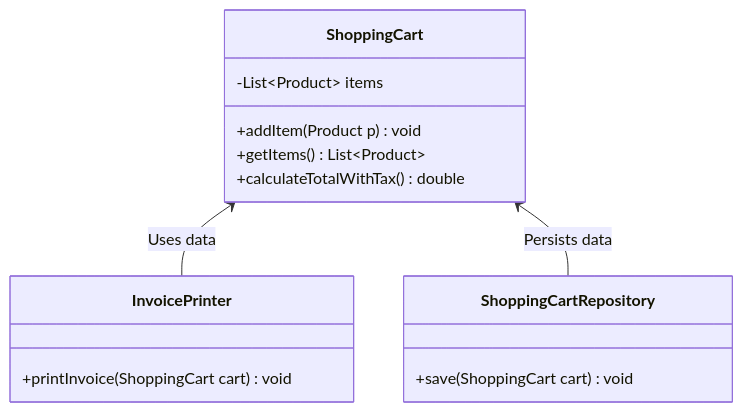
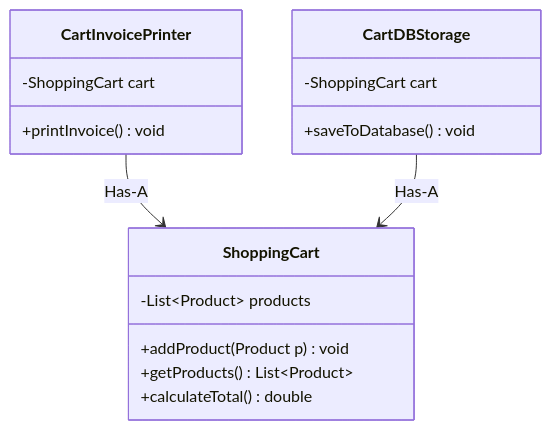
The second of 5 diagrams in 04-OOPs-and-Design-Patterns/02-SOLID-Principles/05-SOLID-Design-Principles-Part-1.md (rohithgowda18/Notes), drawn with Mermaid before and after one commit. The commit also changed other lines of this file and 30 other files, not shown here.

````diff
--- a/04-OOPs-and-Design-Patterns/02-SOLID-Principles/05-SOLID-Design-Principles-Part-1.md
+++ b/04-OOPs-and-Design-Patterns/02-SOLID-Principles/05-SOLID-Design-Principles-Part-1.md
@@ -107,18 +93,22 @@
 ```mermaid
 classDiagram
     class ShoppingCart {
-        -List~Product~ items
-        +addItem(Product p) void
-        +getItems() List~Product~
-        +calculateTotalWithTax() double
-    }
-    class InvoicePrinter {
-        +printInvoice(ShoppingCart cart) void
-    }
-    class ShoppingCartRepository {
-        +save(ShoppingCart cart) void
+        -List~Product~ products
+        +addProduct(Product p) void
+        +getProducts() List~Product~
+        +calculateTotal() double
     }
 
-    ShoppingCart <-- InvoicePrinter : Uses data
-    ShoppingCart <-- ShoppingCartRepository : Persists data
+    class CartInvoicePrinter {
+        -ShoppingCart cart
+        +printInvoice() void
+    }
+
+    class CartDBStorage {
+        -ShoppingCart cart
+        +saveToDatabase() void
+    }
+
+    CartInvoicePrinter --> ShoppingCart : Has-A
+    CartDBStorage --> ShoppingCart : Has-A
 ```
````
